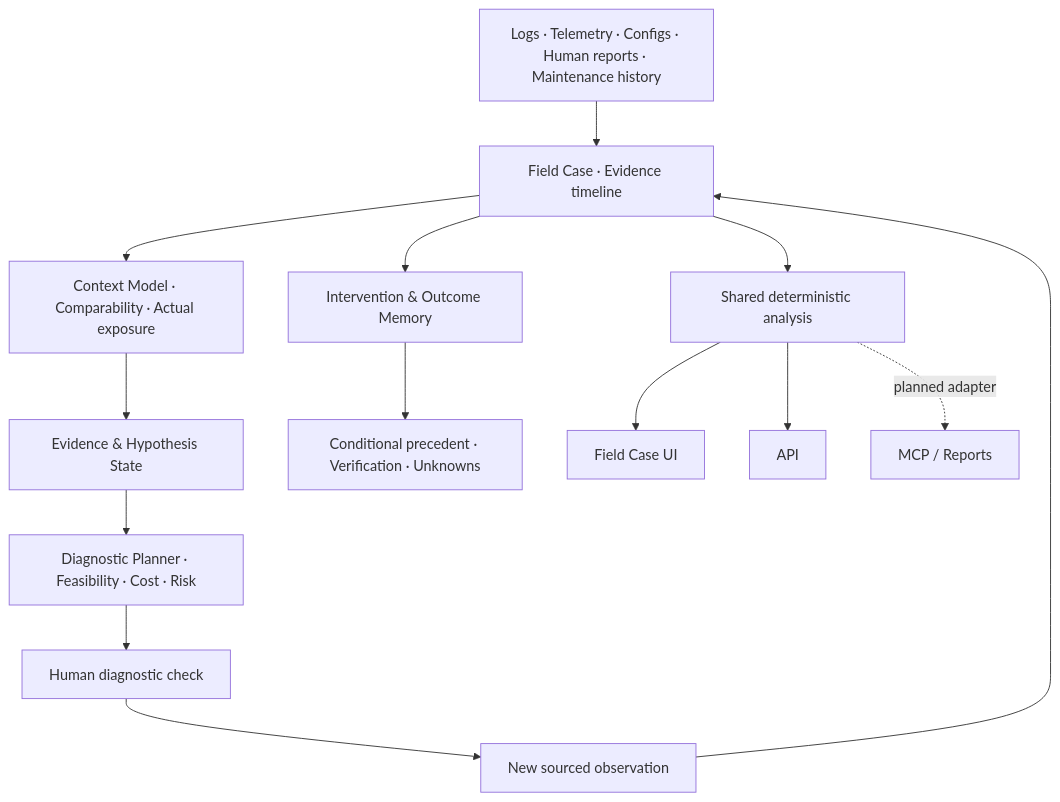
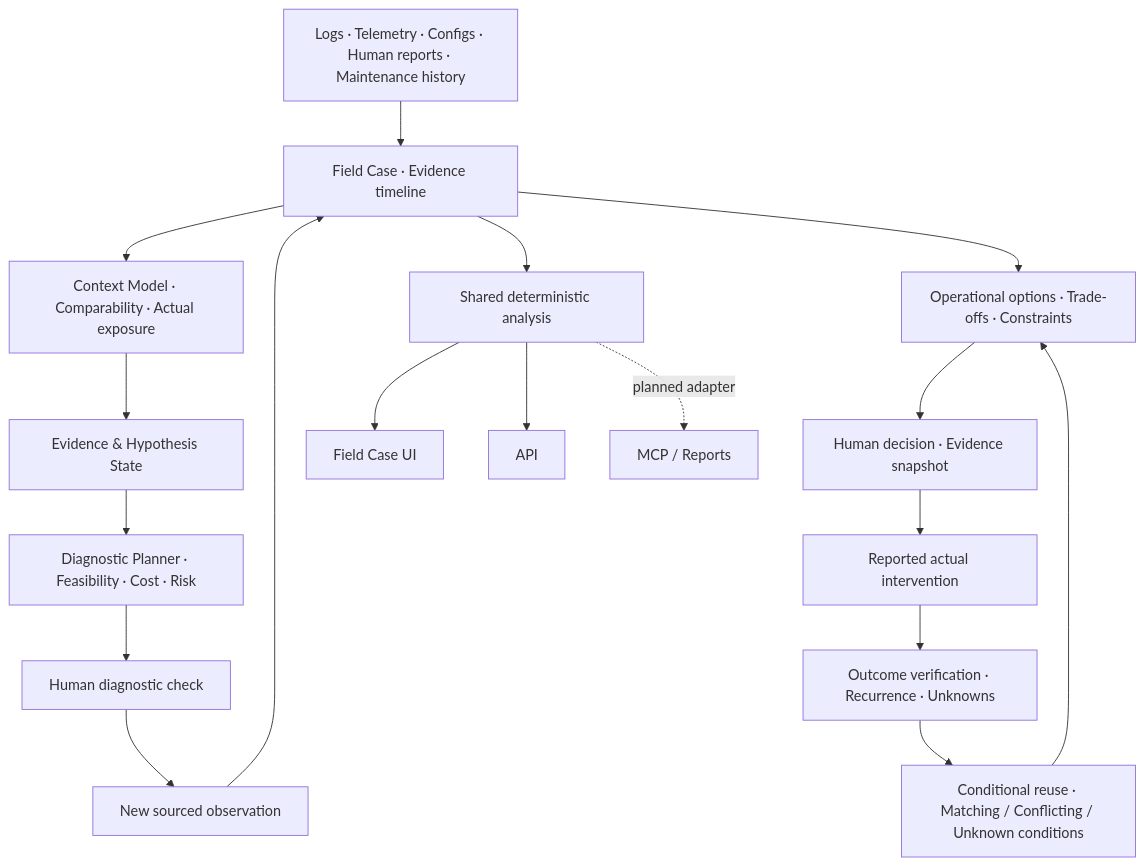
One commit to yuemonner/veyra-demo changed the diagram in README.md. Above: the diagram before and after it, drawn with Mermaid. The commit also changed other lines of this file, not shown here.

Commit message:
Position Veyra around human decisions, actual interventions and verified reusable experience

````diff
--- a/README.md
+++ b/README.md
@@ -23,16 +44,20 @@
 ```mermaid
 flowchart TD
     Sources[Logs · Telemetry · Configs · Human reports · Maintenance history] --> Case[Field Case · Evidence timeline]
     Case --> Context[Context Model · Comparability · Actual exposure]
     Context --> Hypothesis[Evidence & Hypothesis State]
     Hypothesis --> Planner[Diagnostic Planner · Feasibility · Cost · Risk]
     Planner --> Test[Human diagnostic check]
     Test --> NewEvidence[New sourced observation]
     NewEvidence --> Case
-    Case --> Memory[Intervention & Outcome Memory]
-    Memory --> Precedent[Conditional precedent · Verification · Unknowns]
+    Case --> Options[Operational options · Trade-offs · Constraints]
+    Options --> Decision[Human decision · Evidence snapshot]
+    Decision --> Action[Reported actual intervention]
+    Action --> Memory[Outcome verification · Recurrence · Unknowns]
+    Memory --> Precedent[Conditional reuse · Matching / Conflicting / Unknown conditions]
+    Precedent --> Options
     Case --> Analysis[Shared deterministic analysis]
     Analysis --> UI[Field Case UI]
     Analysis --> API[API]
     Analysis -. planned adapter .-> MCP[MCP / Reports]
 ```
````
